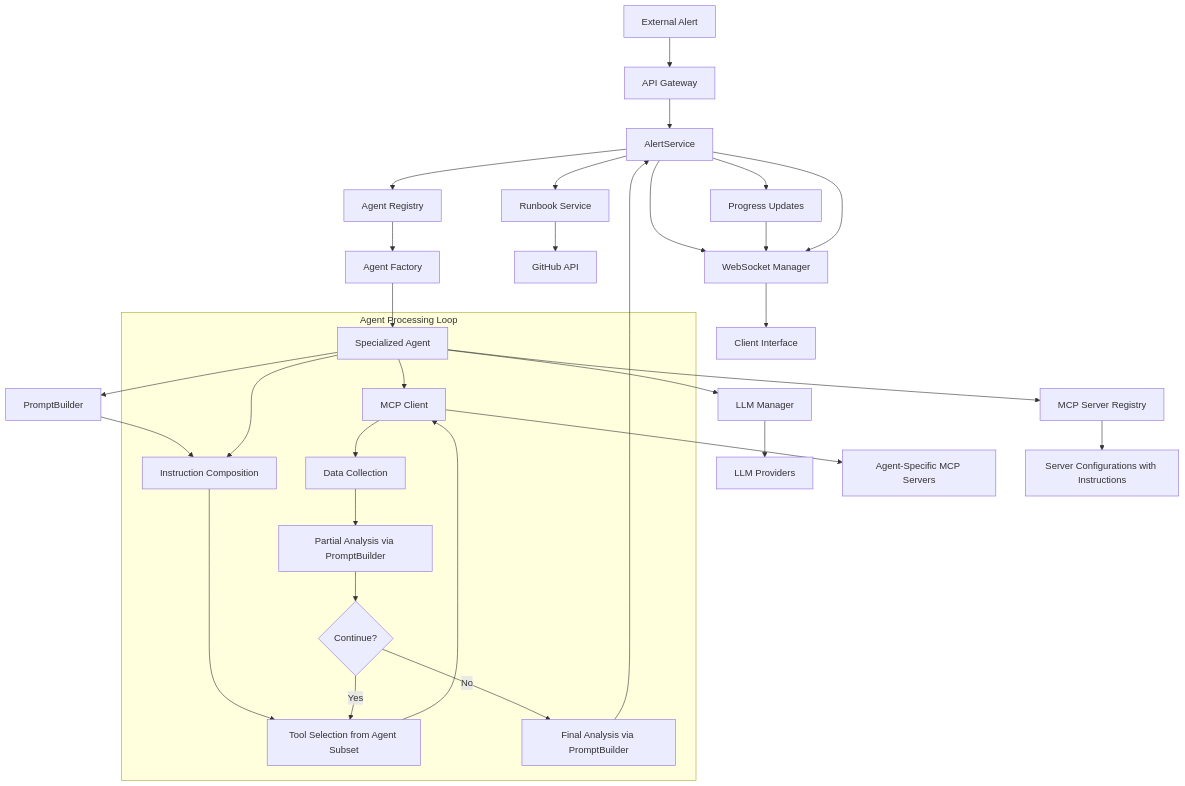
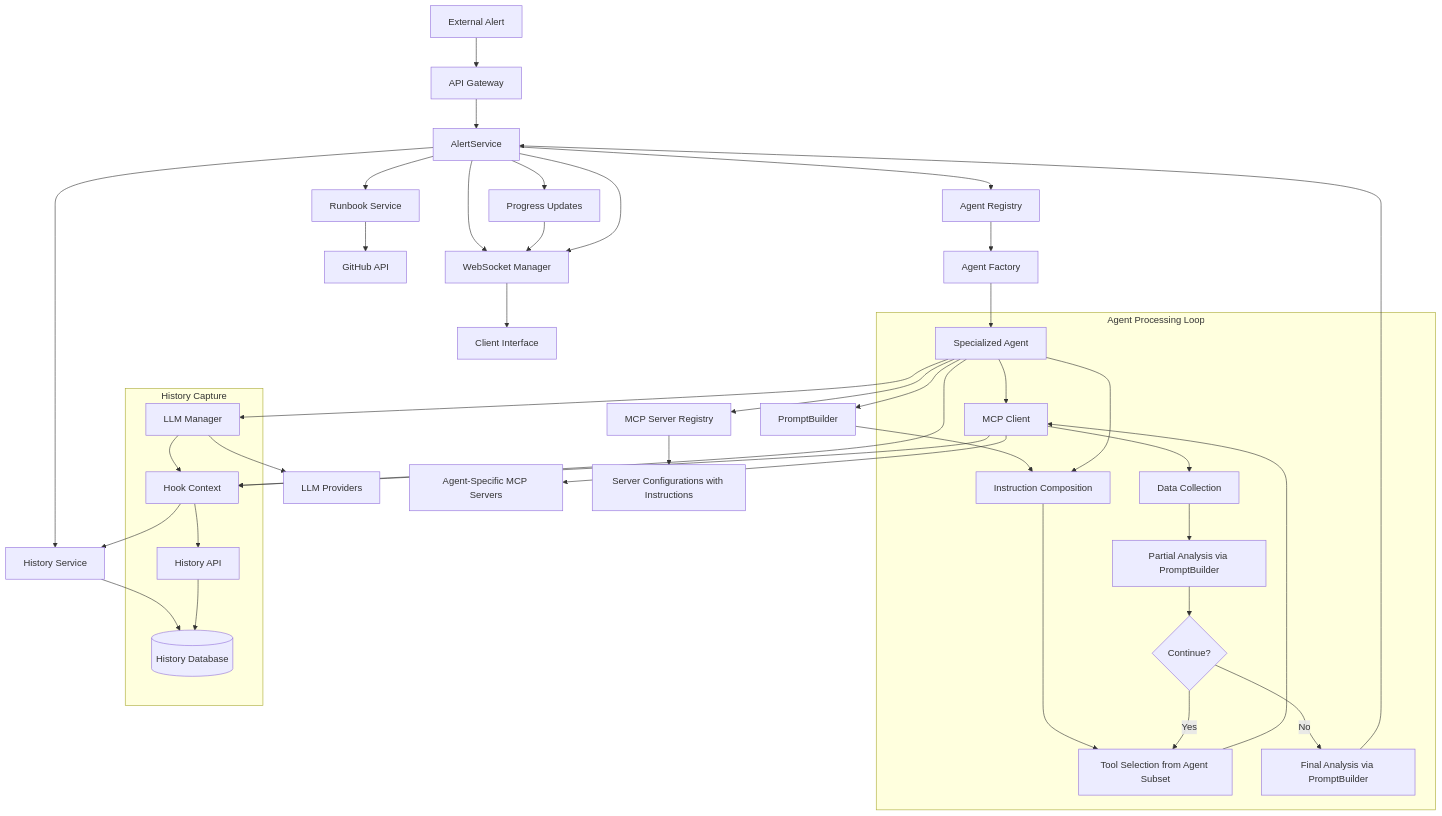
One commit to rsoaresd/tarsy-bot changed the first of 2 diagrams in docs/design.md. Above: the diagram before and after it, drawn with Mermaid. The commit also changed other lines of this file and 35 other files, not shown here.

Commit message:
Implement History Service

````diff
--- a/docs/design.md
+++ b/docs/design.md
@@ -138,43 +152,56 @@
 ```mermaid
 graph TD
     A[External Alert] --> B[API Gateway]
     B --> C[AlertService]
     C --> D[Agent Registry]
     D --> E[Agent Factory]
     E --> F[Specialized Agent]
     
     C --> G[Runbook Service]
     G --> H[GitHub API]
     
     C --> I[WebSocket Manager]
     I --> J[Client Interface]
     
     F --> K[LLM Manager]
     K --> L[LLM Providers]
     
     F --> M[MCP Client]
     M --> N[Agent-Specific MCP Servers]
     
     F --> O[MCP Server Registry]
     O --> P[Server Configurations with Instructions]
     
     F --> PB[PromptBuilder]
     PB --> Q[Instruction Composition]
     
     C --> R[Progress Updates]
     R --> I
     
+    C --> HS[History Service]
+    HS --> HDB[(History Database)]
+    
+    F --> HC[Hook Context]
+    HC --> HS
+    
     subgraph "Agent Processing Loop"
         F --> Q
         Q --> S[Tool Selection from Agent Subset]
         S --> M
         M --> T[Data Collection]
         T --> U[Partial Analysis via PromptBuilder]
         U --> V{Continue?}
         V -->|Yes| S
         V -->|No| W[Final Analysis via PromptBuilder]
     end
     
     W --> C
     C --> I
+    
+    subgraph "History Capture"
+        K --> HC
+        M --> HC
+        HC --> HA[History API]
+        HA --> HDB
+    end
 ```
````
